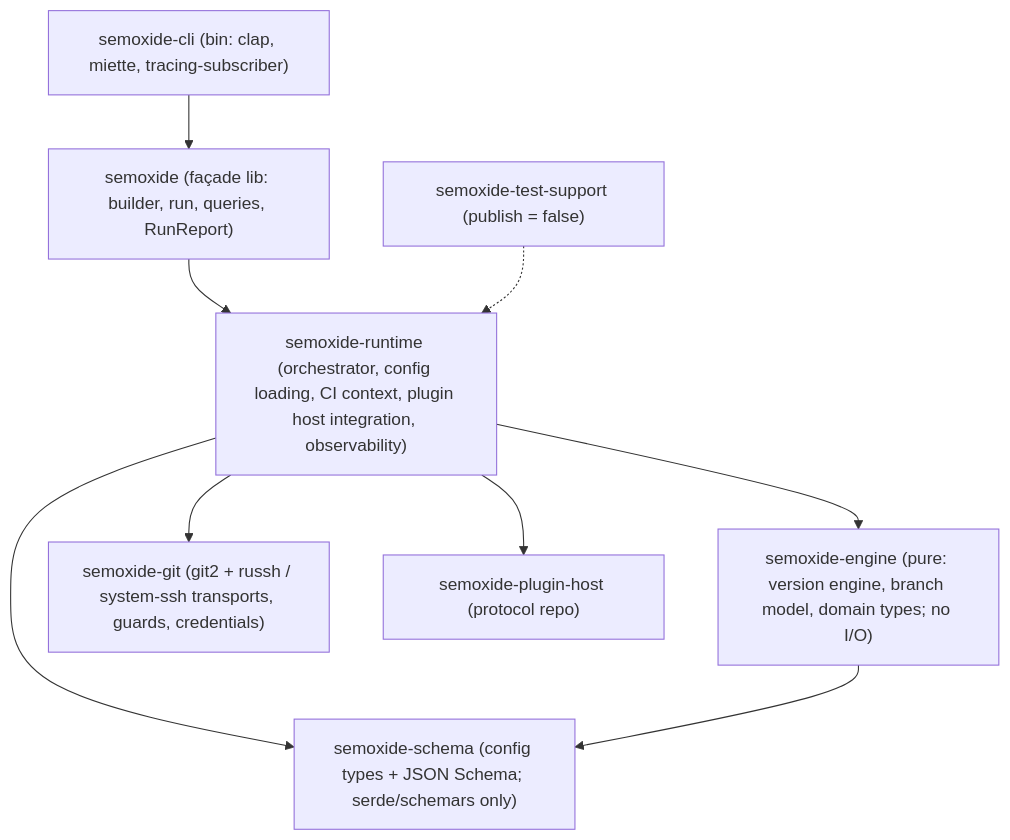
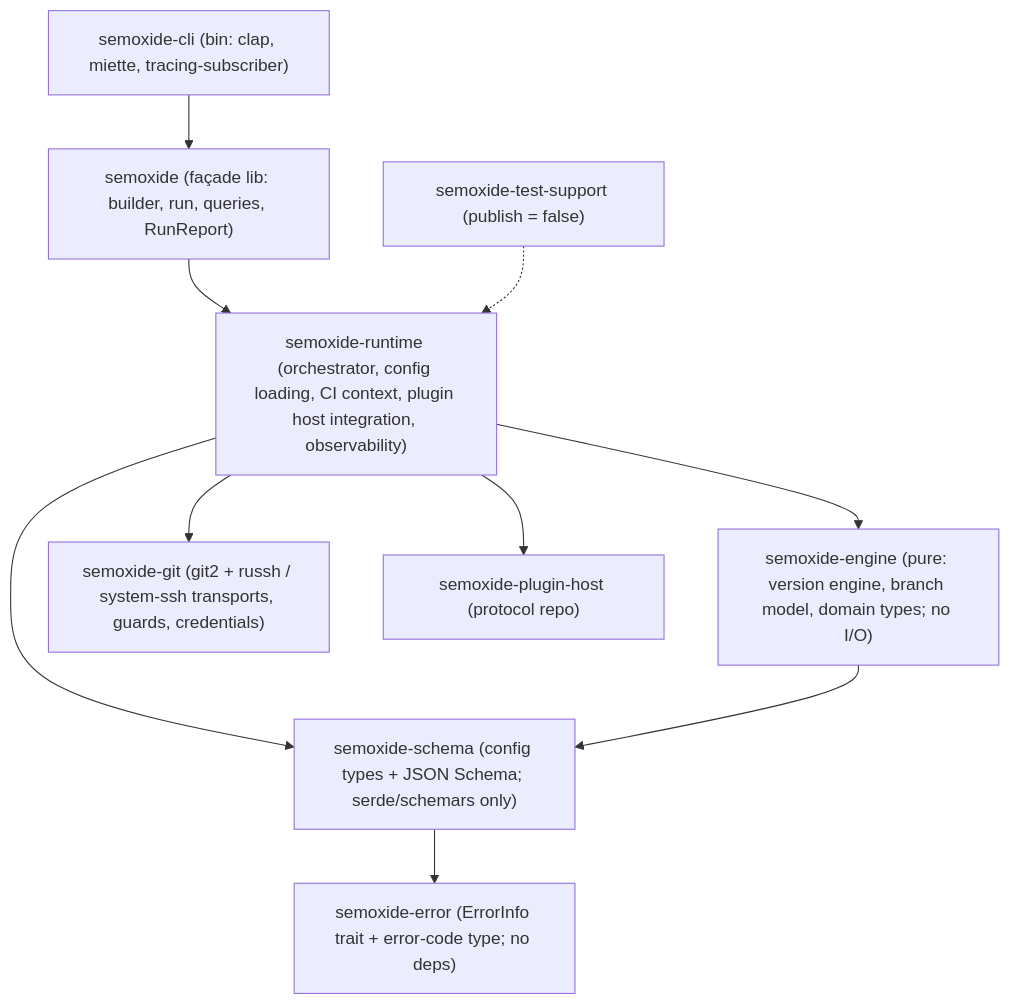
The diagram in docs/CODE-ARCHITECTURE.md (semoxide/semoxide), drawn with Mermaid before and after one commit. The commit also changed other lines of this file, not shown here.

Commit message:
docs: CODE-ARCHITECTURE — semoxide-error crate for ErrorInfo

````diff
--- a/docs/CODE-ARCHITECTURE.md
+++ b/docs/CODE-ARCHITECTURE.md
@@ -9,11 +9,12 @@
 ```mermaid
 flowchart TD
     cli["semoxide-cli (bin: clap, miette, tracing-subscriber)"] --> facade["semoxide (façade lib: builder, run, queries, RunReport)"]
     facade --> runtime["semoxide-runtime (orchestrator, config loading, CI context, plugin host integration, observability)"]
     runtime --> engine["semoxide-engine (pure: version engine, branch model, domain types; no I/O)"]
     runtime --> schema["semoxide-schema (config types + JSON Schema; serde/schemars only)"]
     runtime --> git["semoxide-git (git2 + russh / system-ssh transports, guards, credentials)"]
     runtime --> host["semoxide-plugin-host (protocol repo)"]
     engine --> schema
+    schema --> err["semoxide-error (ErrorInfo trait + error-code type; no deps)"]
     tests["semoxide-test-support (publish = false)"] -.-> runtime
 ```
````
